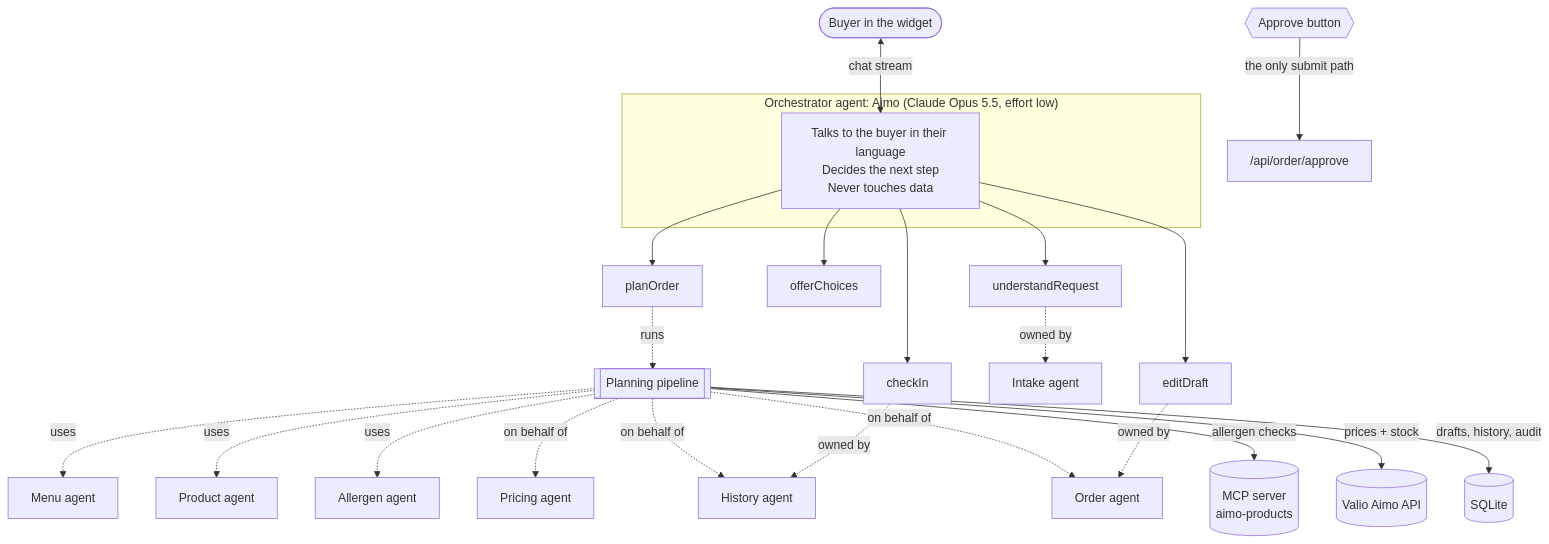
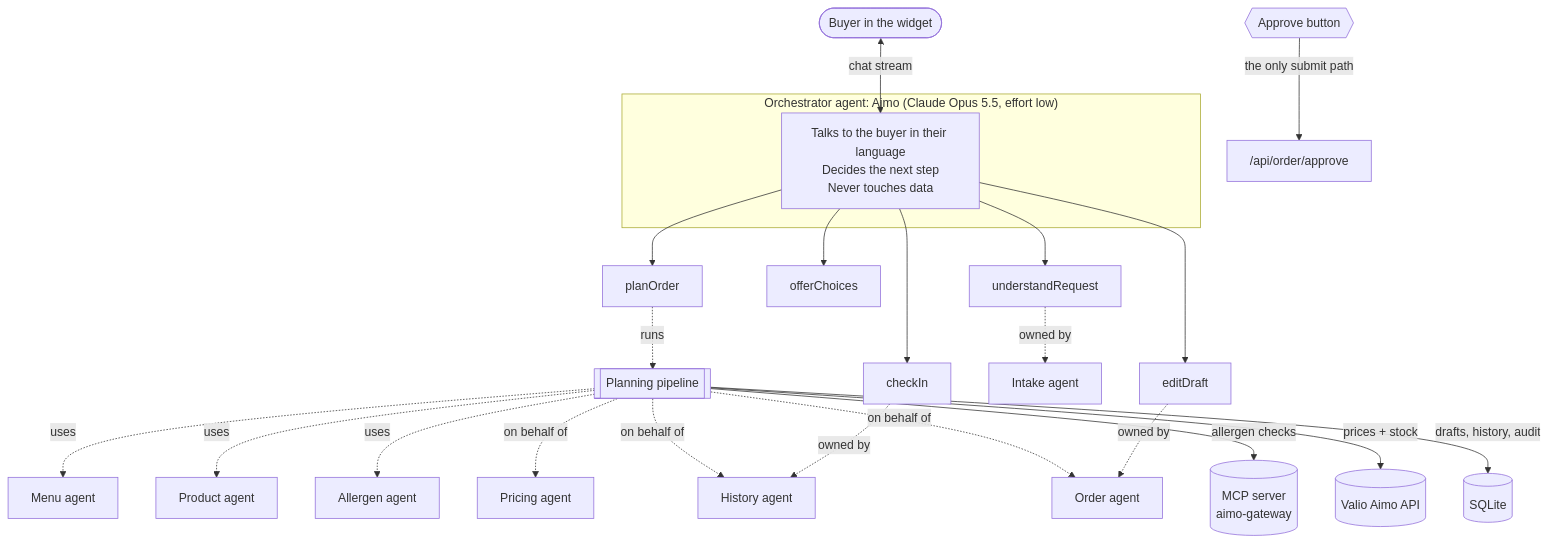
One commit to Viettranni/AimoValio-Junction2026 changed the first of 4 diagrams in MCP.md. Above: the diagram before and after it, drawn with Mermaid. The commit also changed other lines of this file and 4 other files, not shown here.

````diff
--- a/MCP.md
+++ b/MCP.md
@@ -7,31 +7,31 @@
 ```mermaid
 flowchart TB
   B([Buyer in the widget]) <-->|chat stream| O
 
   subgraph Orchestrator["Orchestrator agent: Aimo (Claude Opus 5.5, effort low)"]
     O[Talks to the buyer in their language<br/>Decides the next step<br/>Never touches data]
   end
 
   O --> T1[understandRequest]
   O --> T2[offerChoices]
   O --> T3[planOrder]
   O --> T4[editDraft]
   O --> T5[checkIn]
 
   T1 -.owned by.-> S1[Intake agent]
   T3 -.runs.-> P[[Planning pipeline]]
   P -.uses.-> S2[Menu agent]
   P -.uses.-> S3[Product agent]
   P -.uses.-> S4[Allergen agent]
   P -.on behalf of.-> S5[Pricing agent]
   P -.on behalf of.-> S6[History agent]
   P -.on behalf of.-> S7[Order agent]
   T4 -.owned by.-> S7
   T5 -.owned by.-> S6
 
-  P -->|allergen checks| MCP[(MCP server<br/>aimo-products)]
+  P -->|allergen checks| MCP[(MCP server<br/>aimo-gateway)]
   P -->|prices + stock| V[(Valio Aimo API)]
   P -->|drafts, history, audit| DB[(SQLite)]
 
   UI{{Approve button}} -->|the only submit path| API["/api/order/approve"]
 ```
````
